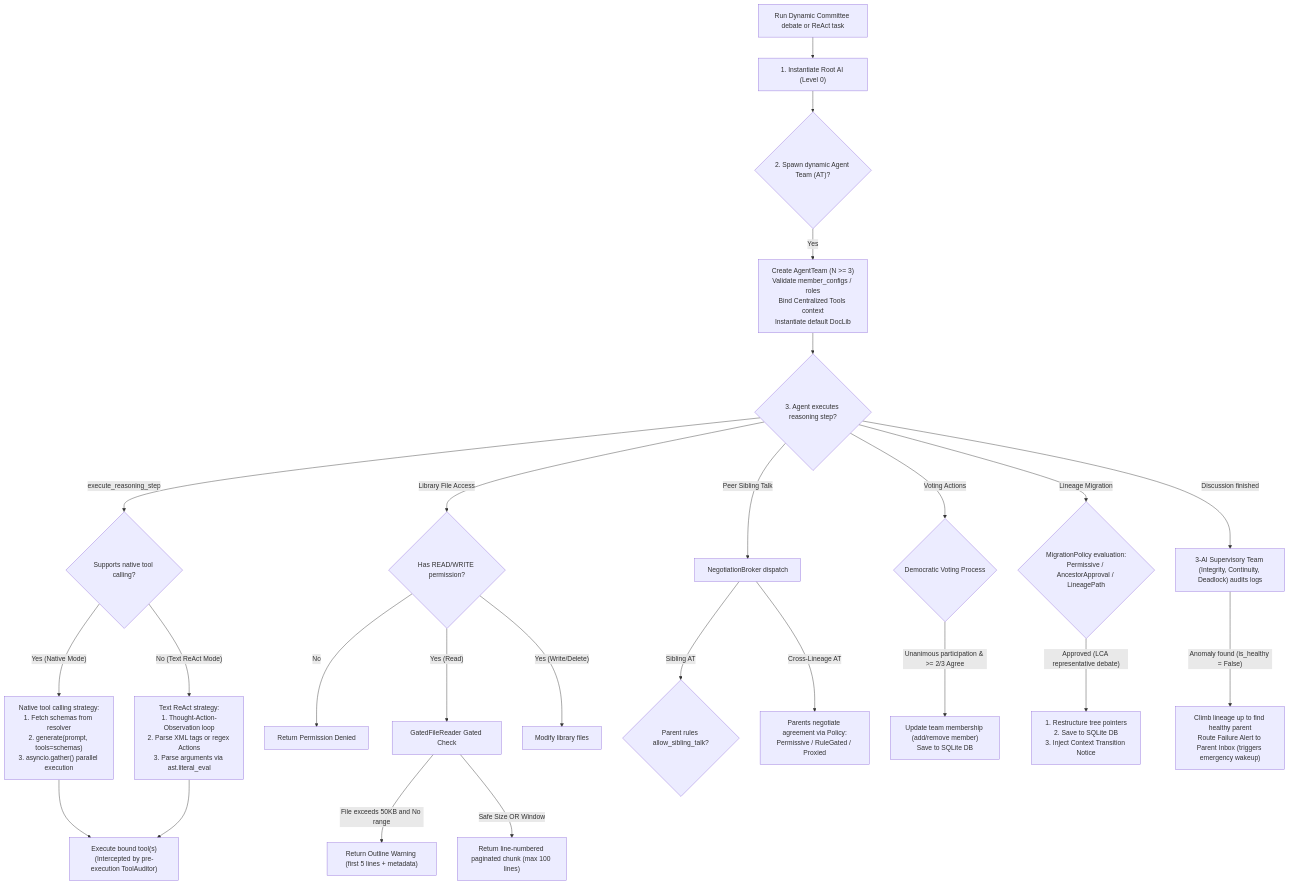
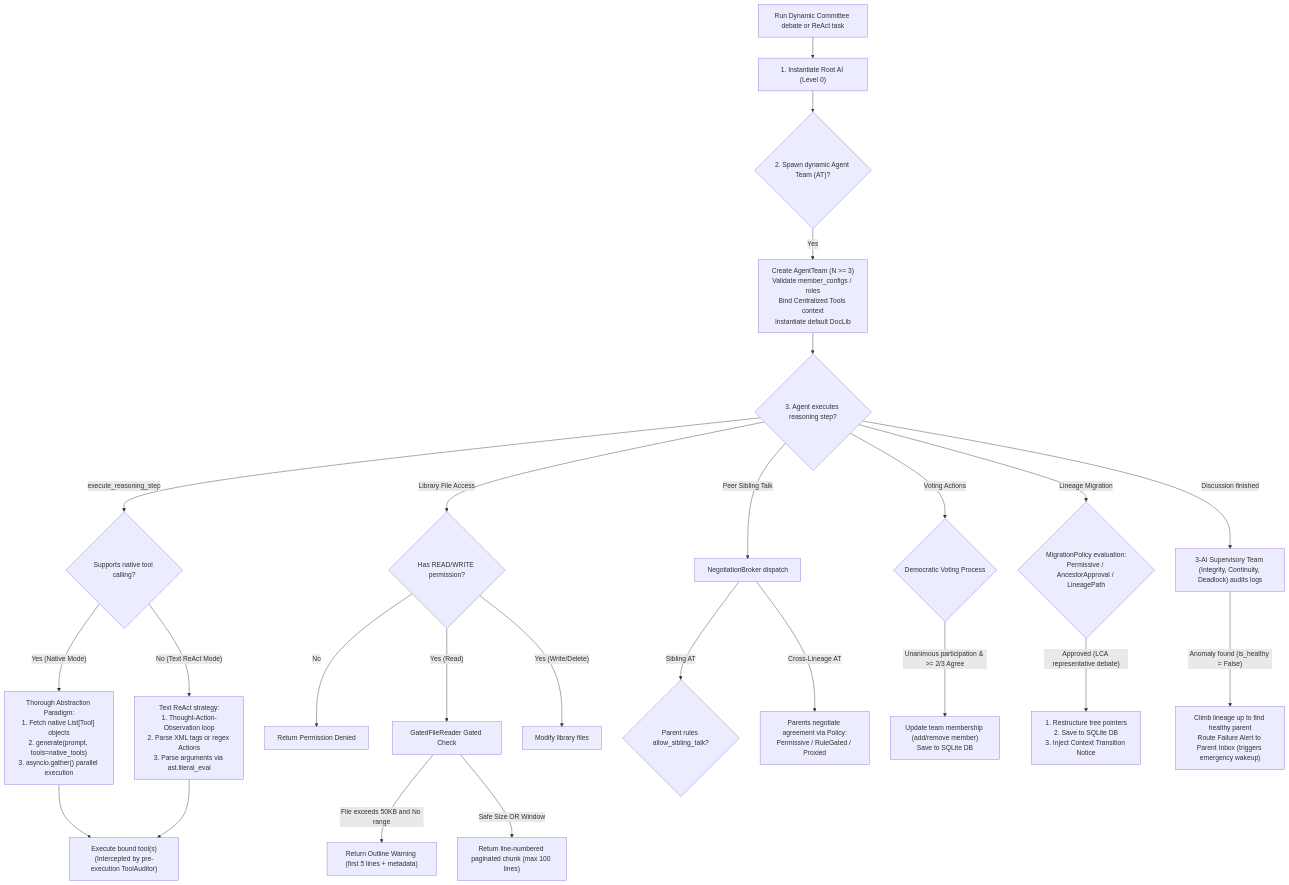
The diagram in docs/flowcharts/README.md (AI-Team-Team/AI-Team-Team), drawn with Mermaid before and after one commit. The commit also changed other lines of this file and 16 other files, not shown here.

First line of the commit message:
docs(architecture): restructure documentation and expand technical flowcharts

````diff
--- a/docs/flowcharts/README.md
+++ b/docs/flowcharts/README.md
@@ -24,38 +23,38 @@
 ```mermaid
 flowchart TD
     Task["Run Dynamic Committee debate or ReAct task"] --> RootNode["1. Instantiate Root AI (Level 0)"]
     
     RootNode --> Spawning{"2. Spawn dynamic Agent Team (AT)?"}
     Spawning -- "Yes" --> SpawningCheck["Create AgentTeam (N >= 3)\nValidate member_configs / roles\nBind Centralized Tools context\nInstantiate default DocLib"]
     
     SpawningCheck --> ToolCall{"3. Agent executes reasoning step?"}
     
     ToolCall -- "execute_reasoning_step" --> StrategyCheck{"Supports native tool calling?"}
     
-    StrategyCheck -- "Yes (Native Mode)" --> NativeStrategy["Native tool calling strategy:<br/>1. Fetch schemas from resolver<br/>2. generate(prompt, tools=schemas)<br/>3. asyncio.gather() parallel execution"]
+    StrategyCheck -- "Yes (Native Mode)" --> NativeStrategy["Thorough Abstraction Paradigm:<br/>1. Fetch native List[Tool] objects<br/>2. generate(prompt, tools=native_tools)<br/>3. asyncio.gather() parallel execution"]
     StrategyCheck -- "No (Text ReAct Mode)" --> TextReAct["Text ReAct strategy:<br/>1. Thought-Action-Observation loop<br/>2. Parse XML tags or regex Actions<br/>3. Parse arguments via ast.literal_eval"]
     
     NativeStrategy --> ExecTool["Execute bound tool(s)<br/>(Intercepted by pre-execution ToolAuditor)"]
     TextReAct --> ExecTool
     
     ToolCall -- "Library File Access" --> DocLibPermission{"Has READ/WRITE permission?"}
     DocLibPermission -- "No" --> Denied["Return Permission Denied"]
     DocLibPermission -- "Yes (Read)" --> GatedFileReader["GatedFileReader Gated Check"]
     DocLibPermission -- "Yes (Write/Delete)" --> ExecDoc["Modify library files"]
     
     GatedFileReader -- "File exceeds 50KB and No range" --> Outline["Return Outline Warning (first 5 lines + metadata)"]
     GatedFileReader -- "Safe Size OR Window" --> Chunk["Return line-numbered paginated chunk (max 100 lines)"]
     
     ToolCall -- "Peer Sibling Talk" --> NegotiationBroker["NegotiationBroker dispatch"]
     NegotiationBroker -- "Sibling AT" --> SiblingRule{"Parent rules allow_sibling_talk?"}
     NegotiationBroker -- "Cross-Lineage AT" --> ParentNegotiate["Parents negotiate agreement via Policy:<br/>Permissive / RuleGated / Proxied"]
     
     ToolCall -- "Voting Actions" --> Voting{"Democratic Voting Process"}
     Voting -- "Unanimous participation & >= 2/3 Agree" --> ExecVote["Update team membership (add/remove member)<br/>Save to SQLite DB"]
     
     ToolCall -- "Lineage Migration" --> MigrationCheck{"MigrationPolicy evaluation:<br/>Permissive / AncestorApproval / LineagePath"}
     MigrationCheck -- "Approved (LCA representative debate)" --> MigrationExec["1. Restructure tree pointers<br/>2. Save to SQLite DB<br/>3. Inject Context Transition Notice"]
     
     ToolCall -- "Discussion finished" --> SupervisoryTeam["3-AI Supervisory Team (Integrity, Continuity, Deadlock) audits logs"]
     SupervisoryTeam -- "Anomaly found (is_healthy = False)" --> Escalate["Climb lineage up to find healthy parent<br/>Route Failure Alert to Parent Inbox (triggers emergency wakeup)"]
 ```
````
